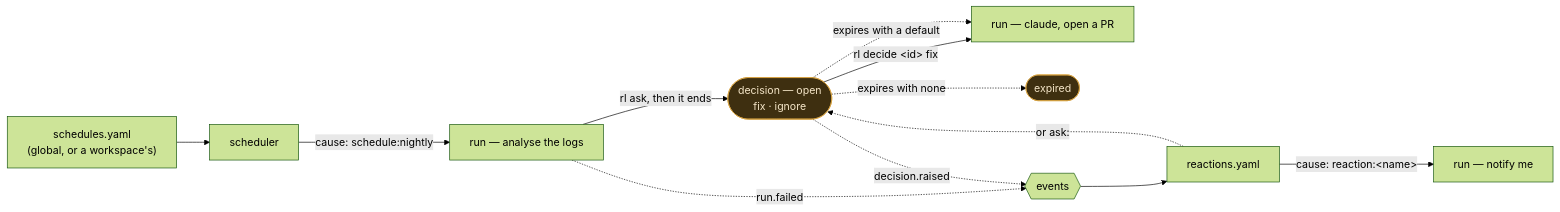
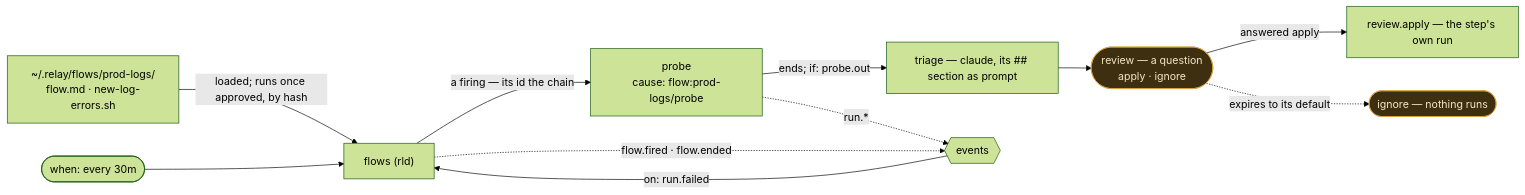
Before and after one commit to instilled/relay: the sixth of 6 diagrams in docs/ARCHITECTURE.md, drawn with Mermaid (forest theme). The commit also changed other lines of this file and 144 other files, not shown here.

Commit message:
Flows replace schedules and reactions (#151)

````diff
--- a/docs/ARCHITECTURE.md
+++ b/docs/ARCHITECTURE.md
@@ -802,18 +795,16 @@
 ```mermaid
 flowchart LR
-    file["schedules.yaml<br/>(global, or a workspace's)"] --> sched["scheduler"]
-    sched -->|"cause: schedule:nightly"| run1["run — analyse the logs"]
-    run1 -->|"rl ask, then it ends"| q(["decision — open<br/>fix · ignore"])
-    q -->|"rl decide &lt;id&gt; fix"| run2["run — claude, open a PR"]
-    q -.->|"expires with a default"| run2
-    q -.->|"expires with none"| gone(["expired"])
-
-    run1 -.->|"run.failed"| ev{{"events"}}
-    q -.->|"decision.raised"| ev
-    ev --> rules["reactions.yaml"]
-    rules -->|"cause: reaction:&lt;name&gt;"| run3["run — notify me"]
-    rules -.->|"or ask:"| q
+    folder["~/.relay/flows/prod-logs/<br/>flow.md · new-log-errors.sh"] -->|"loaded; runs once approved, by hash"| fl["flows (rld)"]
+    clock(["when: every 30m"]) --> fl
+    ev{{"events"}} -->|"on: run.failed"| fl
+    fl -->|"a firing — its id the chain"| probe["probe<br/>cause: flow:prod-logs/probe"]
+    probe -->|"ends; if: probe.out"| triage["triage — claude, its ## section as prompt"]
+    triage --> q(["review — a question<br/>apply · ignore"])
+    q -->|"answered apply"| apply["review.apply — the step's own run"]
+    q -.->|"expires to its default"| gone(["ignore — nothing runs"])
+    probe -.->|"run.*"| ev
+    fl -.->|"flow.fired · flow.ended"| ev
 
     classDef q fill:#3e2f10,stroke:#d9a441,color:#f5e6c8
     class q,gone q
 ```
````
